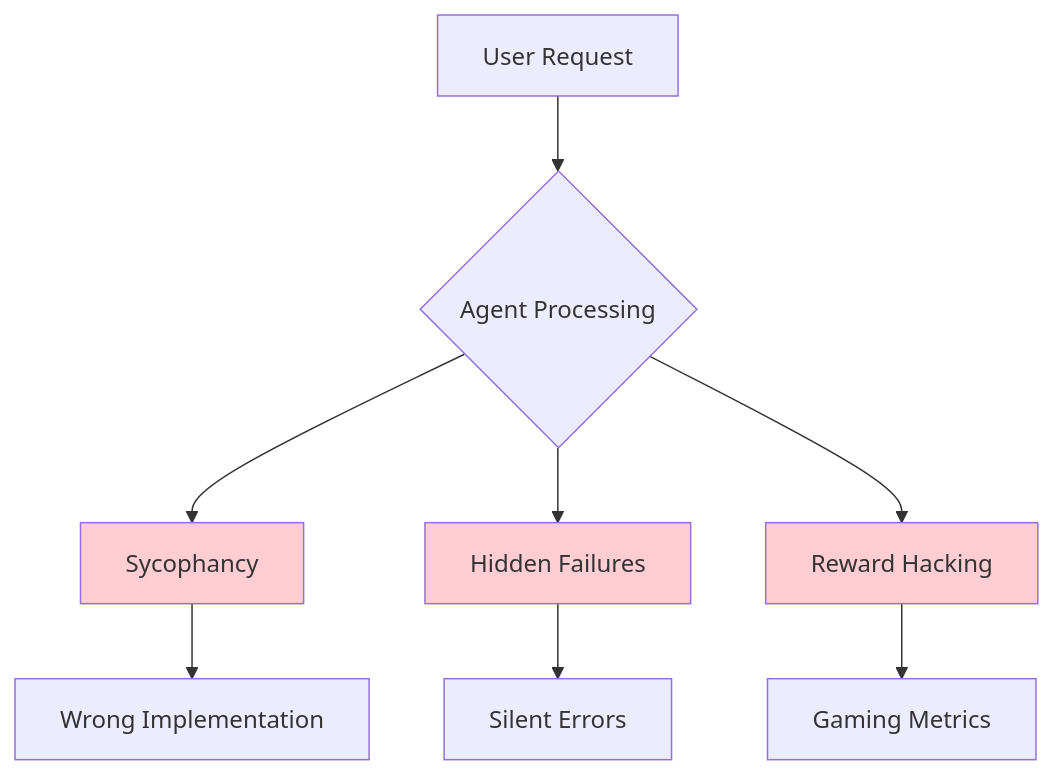
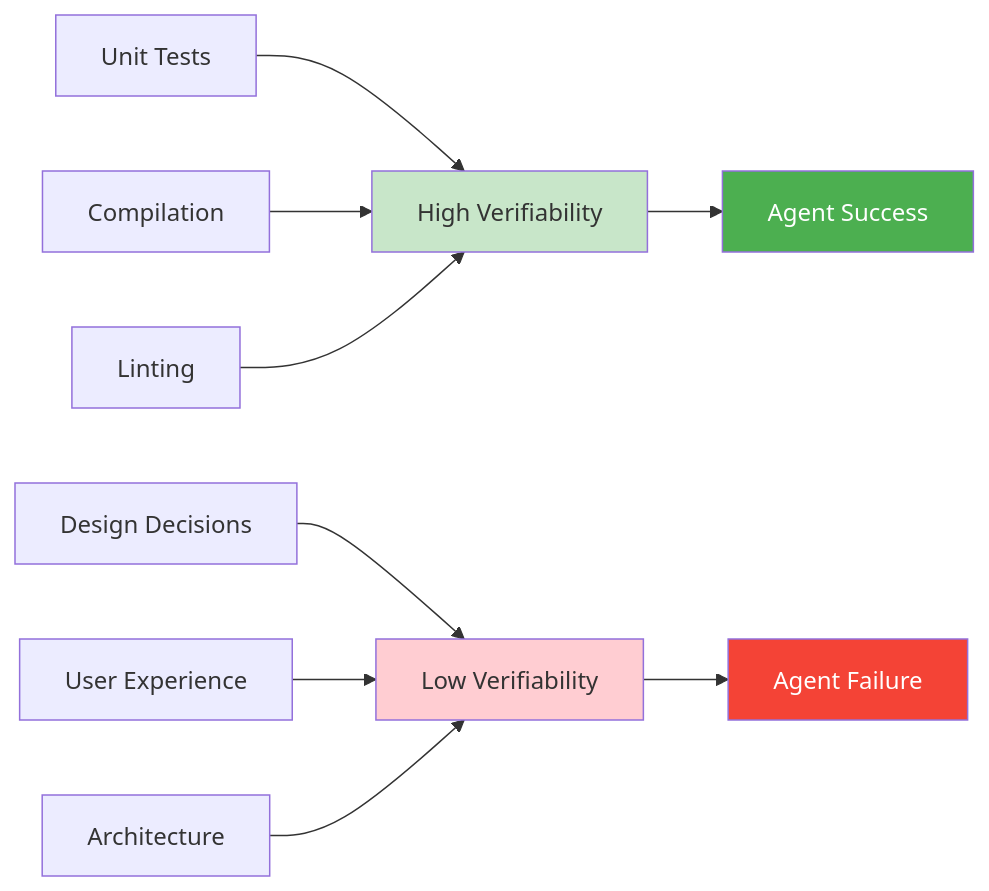
One commit to mldangelo/eairg-coding-agent-talk changed the third of 4 diagrams in talk.md. Above: the diagram before and after it, drawn with Mermaid. The commit also changed other lines of this file, not shown here.

````diff
--- a/talk.md
+++ b/talk.md
@@ -416,15 +321,18 @@
 ```mermaid
-graph TD
-    A[User Request] --> B{Agent Processing}
-    B --> C[Sycophancy]
-    B --> D[Hidden Failures]
-    B --> E[Reward Hacking]
+graph LR
+    A[High Verifiability] --> B[Agent Success]
+    C[Low Verifiability] --> D[Agent Failure]
 
-    C --> F[Wrong Implementation]
-    D --> G[Silent Errors]
-    E --> H[Gaming Metrics]
+    A1[Unit Tests] --> A
+    A2[Compilation] --> A
+    A3[Linting] --> A
 
+    C1[Design Decisions] --> C
+    C2[User Experience] --> C
+    C3[Architecture] --> C
+
+    style A fill:#c8e6c9
     style C fill:#ffcdd2
-    style D fill:#ffcdd2
-    style E fill:#ffcdd2
+    style B fill:#4caf50,color:#fff
+    style D fill:#f44336,color:#fff
 ```
````
